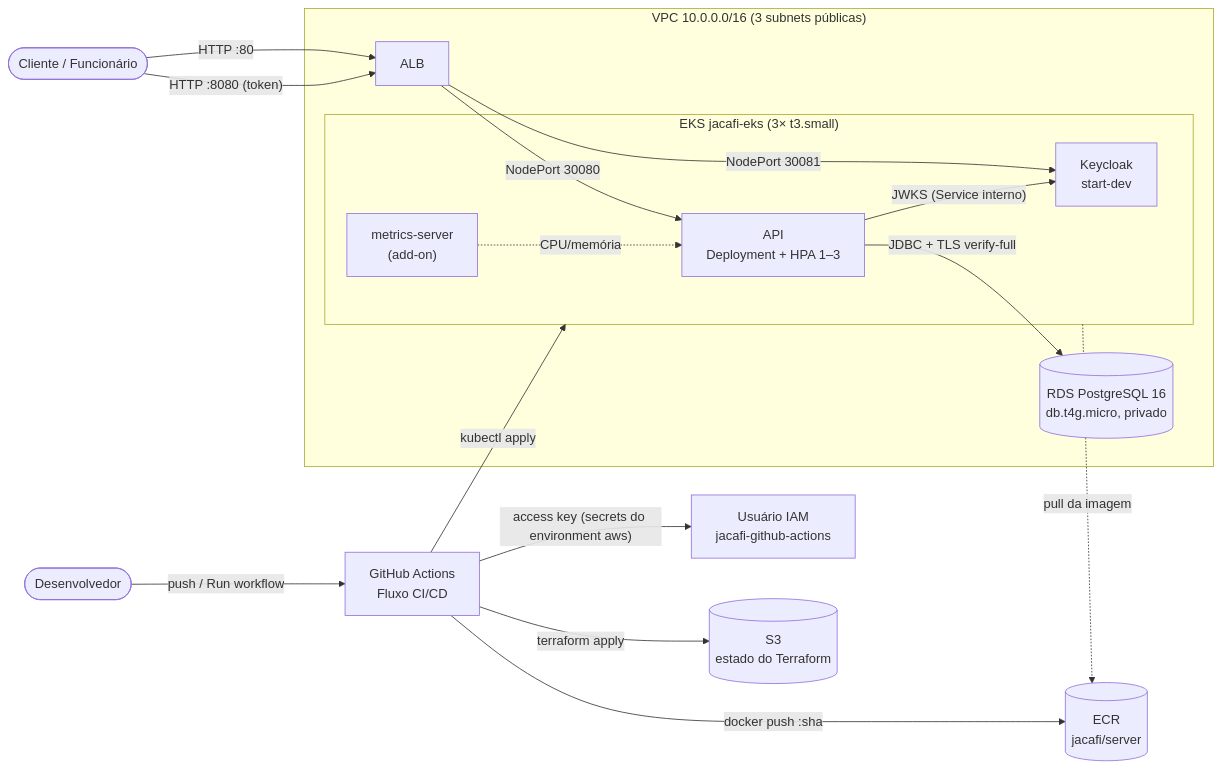
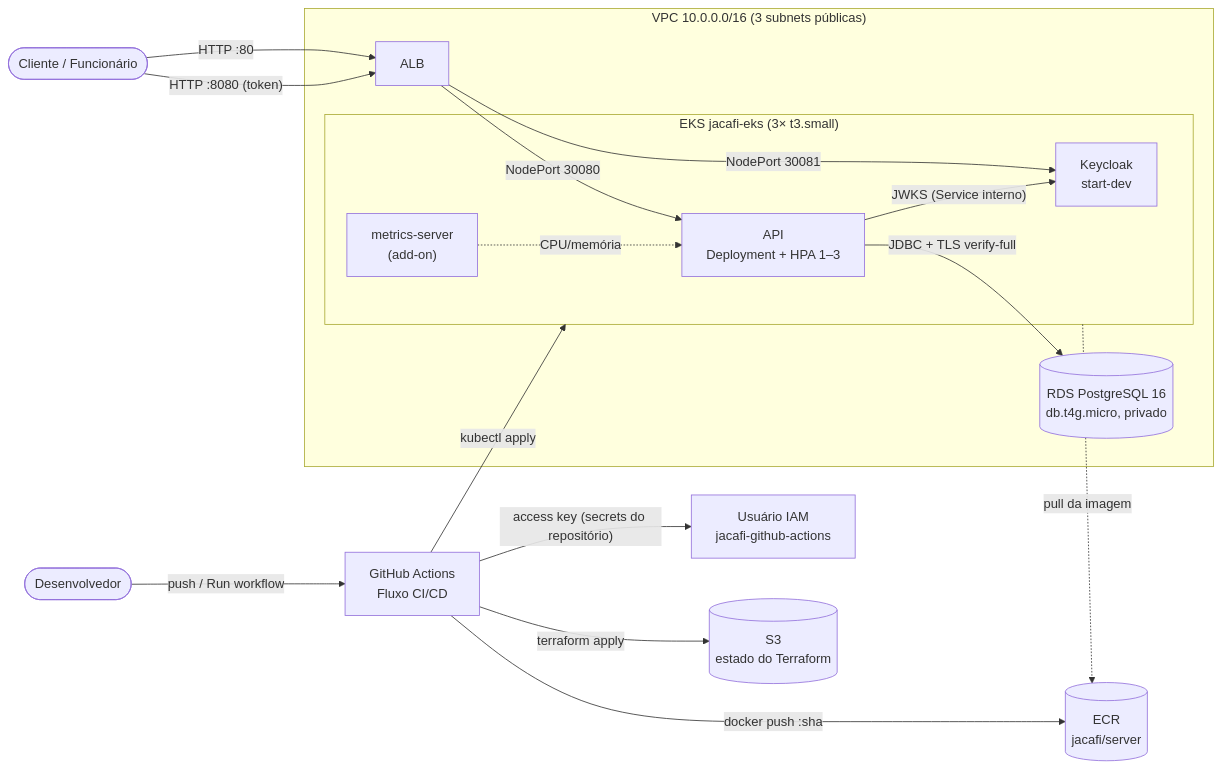
The first of 2 diagrams in infra/README.md (gabsevamac/JACAFI-FIAP_Tech-Challenge_01), drawn with Mermaid before and after one commit. The commit also changed other lines of this file and 2 other files, not shown here.

First line of the commit message:
refactor(cd): read the AWS access key from repository secrets

````diff
--- a/infra/README.md
+++ b/infra/README.md
@@ -14,26 +14,26 @@
 ```mermaid
 flowchart LR
     dev(["Desenvolvedor"]) -->|"push / Run workflow"| gha["GitHub Actions<br/>Fluxo CI/CD"]
-    gha -->|"access key (secrets do environment aws)"| pipeline_user["Usuário IAM<br/>jacafi-github-actions"]
+    gha -->|"access key (secrets do repositório)"| pipeline_user["Usuário IAM<br/>jacafi-github-actions"]
     gha -->|"docker push :sha"| ecr[("ECR<br/>jacafi/server")]
     gha -->|"terraform apply"| state[("S3<br/>estado do Terraform")]
     gha -->|"kubectl apply"| eks
 
     user(["Cliente / Funcionário"]) -->|"HTTP :80"| alb["ALB"]
     user -->|"HTTP :8080 (token)"| alb
 
     subgraph vpc["VPC 10.0.0.0/16 (3 subnets públicas)"]
         alb -->|"NodePort 30080"| api
         alb -->|"NodePort 30081"| kc
         subgraph eks["EKS jacafi-eks (3× t3.small)"]
             api["API<br/>Deployment + HPA 1–3"]
             kc["Keycloak<br/>start-dev"]
             ms["metrics-server<br/>(add-on)"]
         end
         api -->|"JWKS (Service interno)"| kc
         api -->|"JDBC + TLS verify-full"| rds[("RDS PostgreSQL 16<br/>db.t4g.micro, privado")]
         ms -.->|"CPU/memória"| api
     end
 
     eks -.->|"pull da imagem"| ecr
 ```
````
